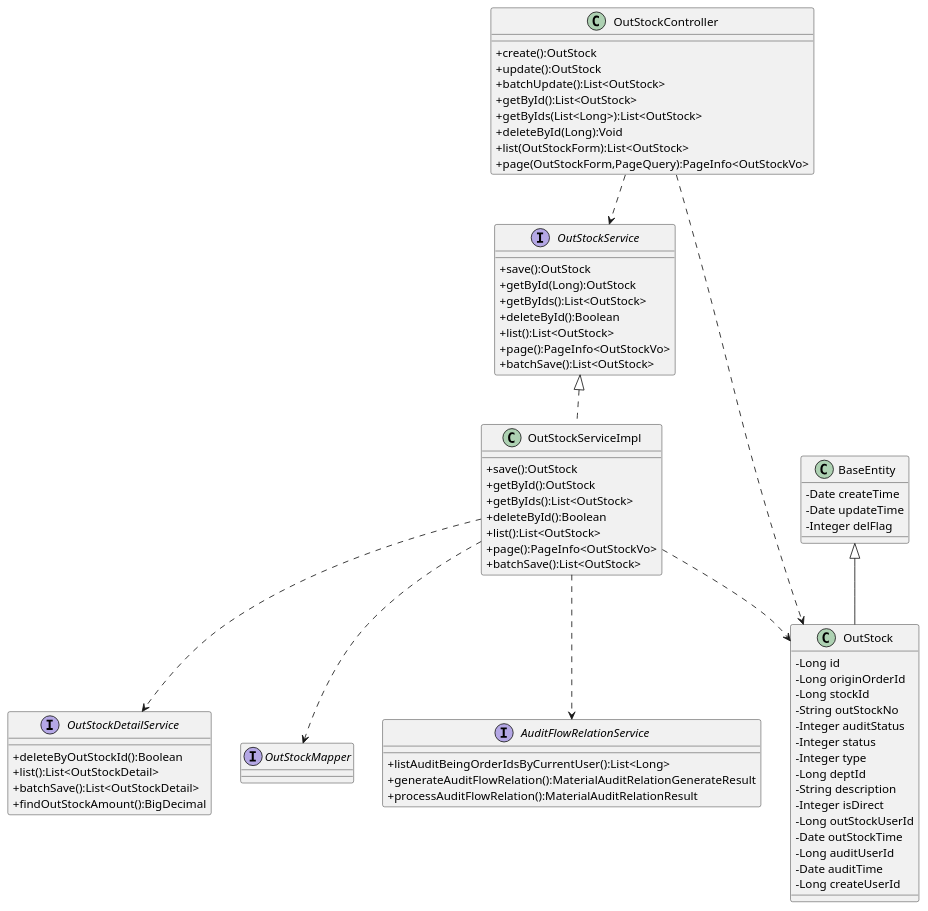
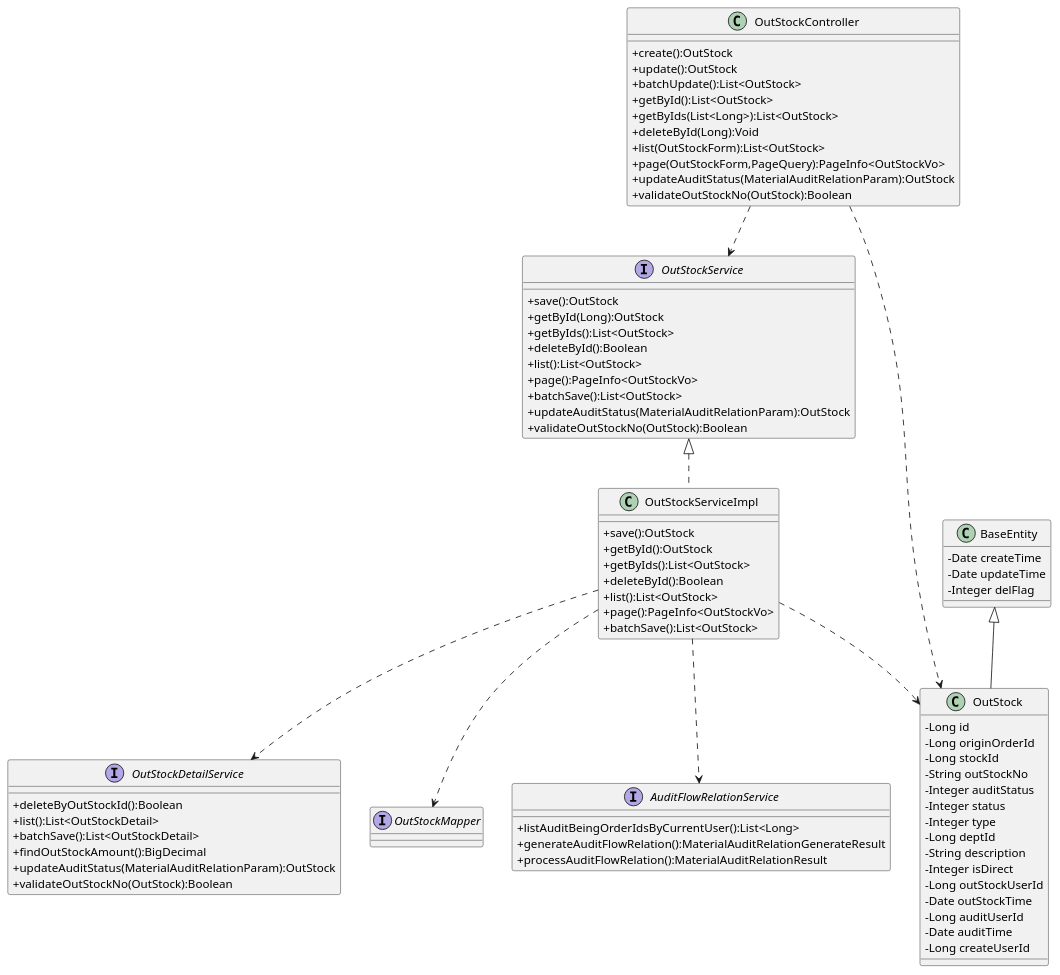
The diagram in outStock.puml (sicily621/matlink-server), drawn with PlantUML before and after one commit. The commit also changed 16 other files, not shown here.

```diff
--- a/outStock.puml
+++ b/outStock.puml
@@ -1,83 +1,89 @@
 @startuml
 skinparam classAttributeIconSize 0
 interface OutStockService {
 + save():OutStock
 + getById(Long):OutStock
 + getByIds():List<OutStock>
 + deleteById():Boolean
 + list():List<OutStock>
 + page():PageInfo<OutStockVo>
 + batchSave():List<OutStock>
++ updateAuditStatus(MaterialAuditRelationParam):OutStock
++ validateOutStockNo(OutStock):Boolean
 }
 
 class OutStockController {
 + create():OutStock
 + update():OutStock
 + batchUpdate():List<OutStock>
 + getById():List<OutStock>
 + getByIds(List<Long>):List<OutStock>
 + deleteById(Long):Void
 + list(OutStockForm):List<OutStock>
 + page(OutStockForm,PageQuery):PageInfo<OutStockVo>
++ updateAuditStatus(MaterialAuditRelationParam):OutStock
++ validateOutStockNo(OutStock):Boolean
 }
 
 
 interface OutStockDetailService {
 + deleteByOutStockId():Boolean
 + list():List<OutStockDetail>
 + batchSave():List<OutStockDetail>
 + findOutStockAmount():BigDecimal
++ updateAuditStatus(MaterialAuditRelationParam):OutStock
++ validateOutStockNo(OutStock):Boolean
 }
 
 interface OutStockMapper {
 }
 class OutStockServiceImpl {
 + save():OutStock
 + getById():OutStock
 + getByIds():List<OutStock>
 + deleteById():Boolean
 + list():List<OutStock>
 + page():PageInfo<OutStockVo>
 + batchSave():List<OutStock>
 }
 
 
 class OutStock {
 - Long id
 - Long originOrderId
 - Long stockId
 - String outStockNo
 - Integer auditStatus
 - Integer status
 - Integer type
 - Long deptId
 - String description
 - Integer isDirect
 - Long outStockUserId
 - Date outStockTime
 - Long auditUserId
 - Date auditTime
 - Long createUserId
 }
 
 interface AuditFlowRelationService {
 + listAuditBeingOrderIdsByCurrentUser():List<Long>
 + generateAuditFlowRelation():MaterialAuditRelationGenerateResult
 + processAuditFlowRelation():MaterialAuditRelationResult
 }
 
 class BaseEntity {
 - Date createTime
 - Date updateTime
 - Integer delFlag
 }
 
 OutStockController ..> OutStockService
 OutStockController ..> OutStock
 OutStockService <|.. OutStockServiceImpl
 BaseEntity <|-- OutStock
 OutStockServiceImpl ..> OutStockMapper
 OutStockServiceImpl ..> OutStockDetailService
 OutStockServiceImpl ..> OutStock
 OutStockServiceImpl ..> AuditFlowRelationService
 @enduml
```
